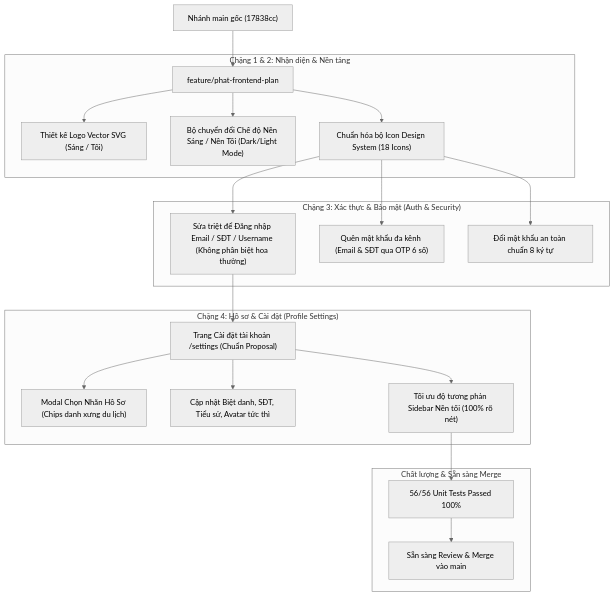
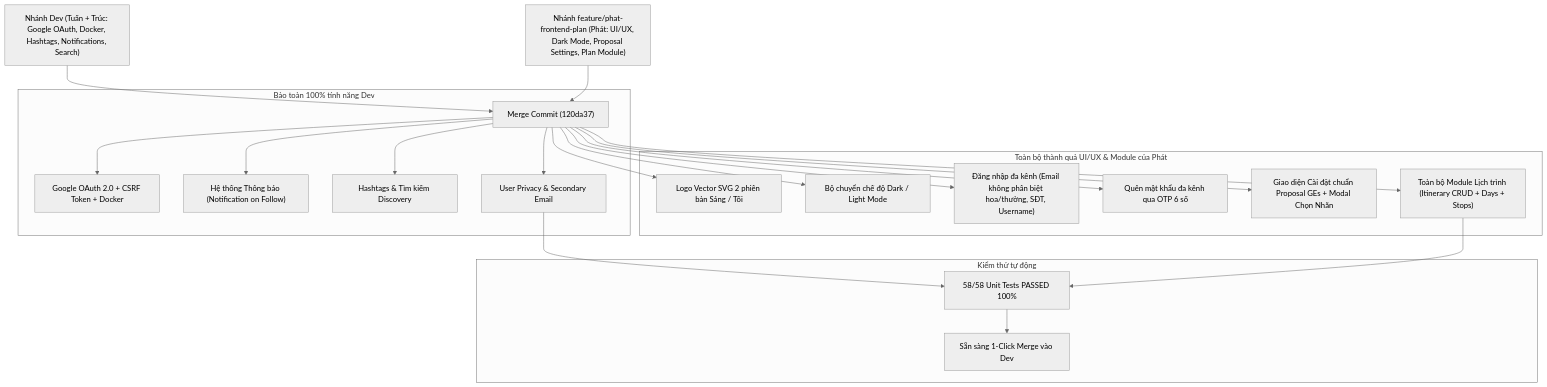
One commit to phat1310/GetApps-Travel-Platform changed the diagram in BAO_CAO_TIEN_DO_PHAT_GUI_LEADER.md. Above: the diagram before and after it, drawn with Mermaid (neutral theme). The commit also changed other lines of this file, not shown here.

Commit message:
docs: update BAO_CAO_TIEN_DO_PHAT_GUI_LEADER.md with Dev merge and 58/58 tests passed

````diff
--- a/BAO_CAO_TIEN_DO_PHAT_GUI_LEADER.md
+++ b/BAO_CAO_TIEN_DO_PHAT_GUI_LEADER.md
@@ -16,28 +17,27 @@
 ```mermaid
 flowchart TD
-    A["Nhánh main gốc (17838cc)"] --> B["feature/phat-frontend-plan"]
+    A["Nhánh Dev (Tuấn + Trúc: Google OAuth, Docker, Hashtags, Notifications, Search)"] --> M["Merge Commit (120da37)"]
+    B["Nhánh feature/phat-frontend-plan (Phát: UI/UX, Dark Mode, Proposal Settings, Plan Module)"] --> M
     
-    subgraph S1["Chặng 1 & 2: Nhận diện & Nền tảng"]
-        B --> C1["Thiết kế Logo Vector SVG (Sáng / Tối)"]
-        B --> C2["Bộ chuyển đổi Chế độ Nền Sáng / Nền Tối (Dark/Light Mode)"]
-        B --> C3["Chuẩn hóa bộ Icon Design System (18 Icons)"]
+    subgraph S1["Bảo toàn 100% tính năng Dev"]
+        M --> C1["Google OAuth 2.0 + CSRF Token + Docker"]
+        M --> C2["Hệ thống Thông báo (Notification on Follow)"]
+        M --> C3["Hashtags & Tìm kiếm Discovery"]
+        M --> C4["User Privacy & Secondary Email"]
     end
 
-    subgraph S2["Chặng 3: Xác thực & Bảo mật (Auth & Security)"]
-        C3 --> D1["Sửa triệt để Đăng nhập Email / SĐT / Username (Không phân biệt hoa thường)"]
-        C3 --> D2["Quên mật khẩu đa kênh (Email & SĐT qua OTP 6 số)"]
-        C3 --> D3["Đổi mật khẩu an toàn chuẩn 8 ký tự"]
+    subgraph S2["Toàn bộ thành quả UI/UX & Module của Phát"]
+        M --> D1["Logo Vector SVG 2 phiên bản Sáng / Tối"]
+        M --> D2["Bộ chuyển chế độ Dark / Light Mode"]
+        M --> D3["Đăng nhập đa kênh (Email không phân biệt hoa/thường, SĐT, Username)"]
+        M --> D4["Quên mật khẩu đa kênh qua OTP 6 số"]
+        M --> D5["Giao diện Cài đặt chuẩn Proposal GEs + Modal Chọn Nhãn"]
+        M --> D6["Toàn bộ Module Lịch trình (Itinerary CRUD + Days + Stops)"]
     end
 
-    subgraph S3["Chặng 4: Hồ sơ & Cài đặt (Profile Settings)"]
-        D1 --> E1["Trang Cài đặt tài khoản /settings (Chuẩn Proposal)"]
-        E1 --> E2["Modal Chọn Nhãn Hồ Sơ (Chips danh xưng du lịch)"]
-        E1 --> E3["Cập nhật Biệt danh, SĐT, Tiểu sử, Avatar tức thì"]
-        E1 --> E4["Tối ưu độ tương phản Sidebar Nền tối (100% rõ nét)"]
-    end
-
-    subgraph S4["Chất lượng & Sẵn sàng Merge"]
-        E4 --> F1["56/56 Unit Tests Passed 100%"]
-        F1 --> F2["Sẵn sàng Review & Merge vào main"]
+    subgraph S3["Kiểm thử tự động"]
+        C4 --> E1["58/58 Unit Tests PASSED 100%"]
+        D6 --> E1
+        E1 --> E2["Sẵn sàng 1-Click Merge vào Dev"]
     end
 ```
````
